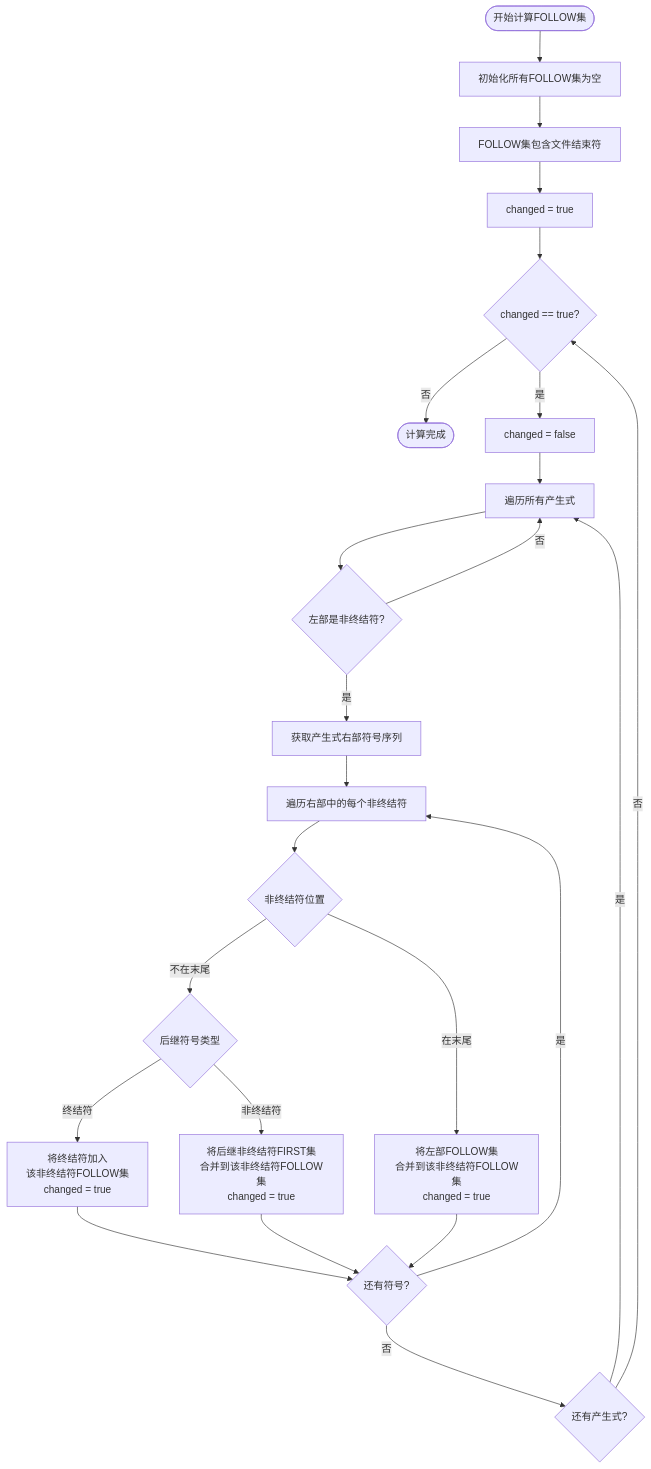
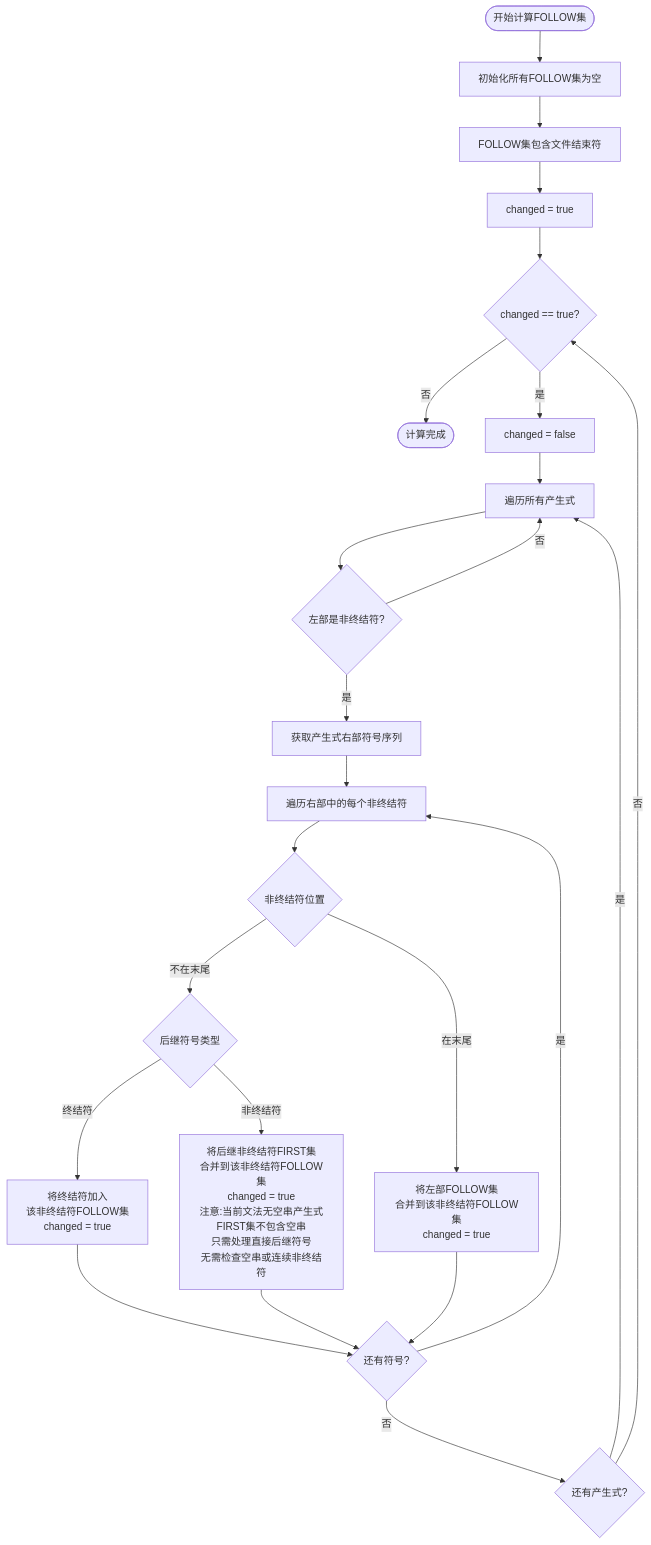
One commit to zhengky-paper-account/-CF-OF- changed the third of 7 diagrams in README.md. Above: the diagram before and after it, drawn with Mermaid.

````diff
--- a/README.md
+++ b/README.md
@@ -76,26 +76,26 @@
 ```mermaid
 flowchart TD
     开始([开始计算FOLLOW集]) --> 初始化[初始化所有FOLLOW集为空]
     初始化 --> 设置开始符号[FOLLOW集包含文件结束符]
     设置开始符号 --> 设置标志[changed = true]
     设置标志 --> 循环判断{changed == true?}
     循环判断 -->|否| 完成([计算完成])
     循环判断 -->|是| 设置标志2[changed = false]
     设置标志2 --> 遍历产生式[遍历所有产生式]
     遍历产生式 --> 检查左部{左部是非终结符?}
     检查左部 -->|否| 遍历产生式
     检查左部 -->|是| 获取右部[获取产生式右部符号序列]
     获取右部 --> 遍历右部符号[遍历右部中的每个非终结符]
     遍历右部符号 --> 检查位置{非终结符位置}
     检查位置 -->|不在末尾| 检查后继符号{后继符号类型}
     检查位置 -->|在末尾| 合并FOLLOW[将左部FOLLOW集<br/>合并到该非终结符FOLLOW集<br/>changed = true]
     检查后继符号 -->|终结符| 加入FOLLOW[将终结符加入<br/>该非终结符FOLLOW集<br/>changed = true]
-    检查后继符号 -->|非终结符| 合并FIRST[将后继非终结符FIRST集<br/>合并到该非终结符FOLLOW集<br/>changed = true]
+    检查后继符号 -->|非终结符| 合并FIRST[将后继非终结符FIRST集<br/>合并到该非终结符FOLLOW集<br/>changed = true<br/>注意:当前文法无空串产生式<br/>FIRST集不包含空串<br/>只需处理直接后继符号<br/>无需检查空串或连续非终结符]
     加入FOLLOW --> 检查下一个符号{还有符号?}
     合并FIRST --> 检查下一个符号
     合并FOLLOW --> 检查下一个符号
     检查下一个符号 -->|是| 遍历右部符号
     检查下一个符号 -->|否| 检查下一个产生式{还有产生式?}
     检查下一个产生式 -->|是| 遍历产生式
     检查下一个产生式 -->|否| 循环判断
 ```
````
